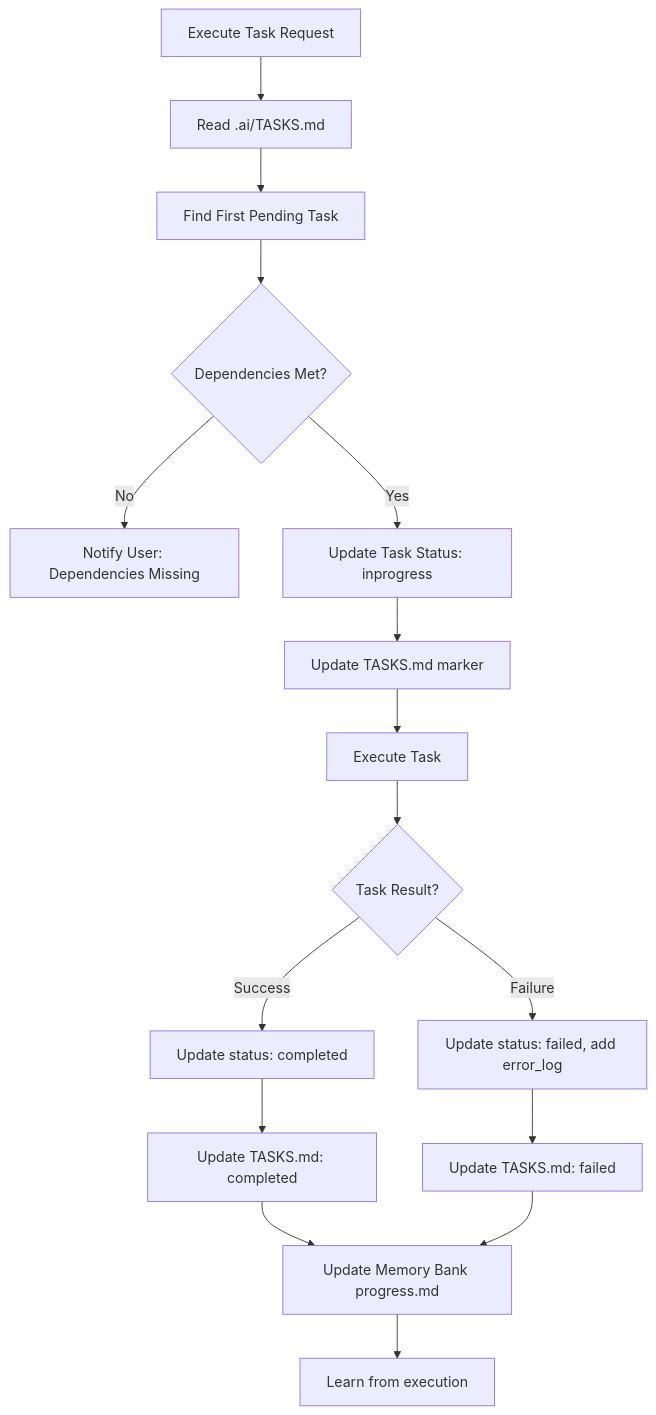
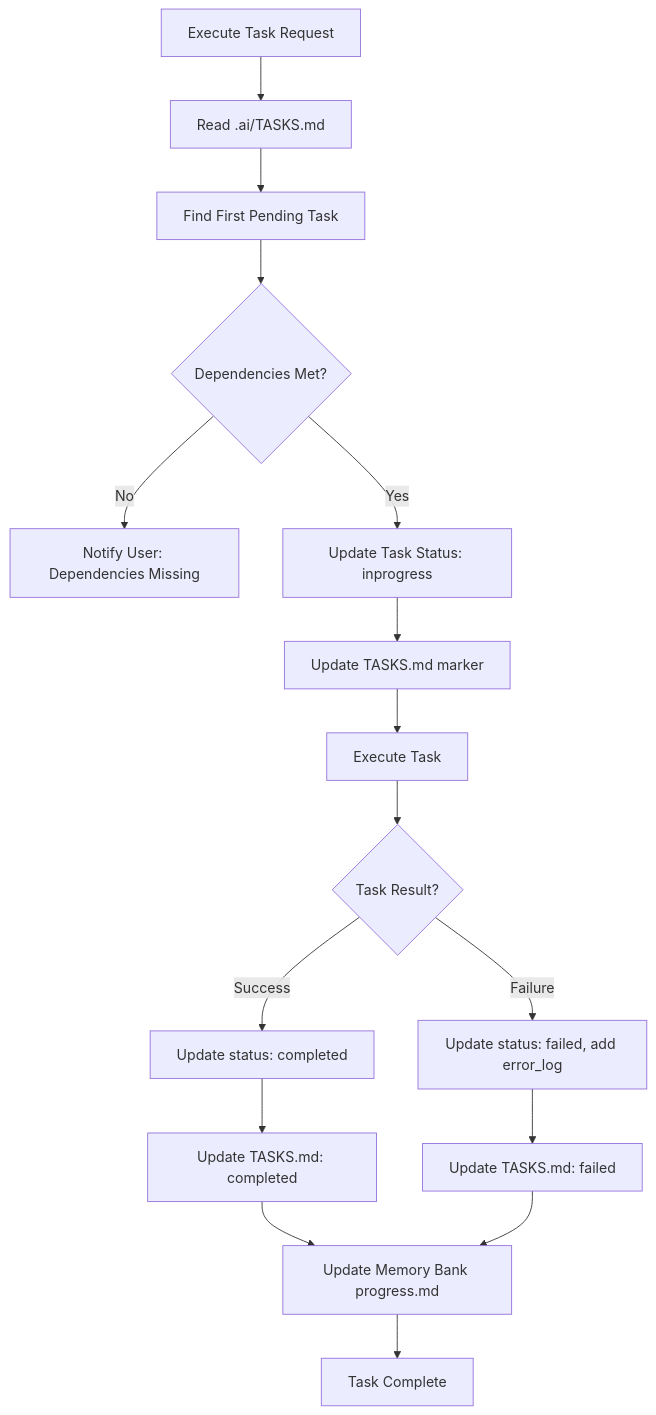
One commit to louisfghbvc/task-management-memory-system changed the seventh of 16 diagrams in .cursor/rules/unified-workflow.md. Above: the diagram before and after it, drawn with Mermaid. The commit also changed other lines of this file and 1 other file, not shown here.

Commit message:
更新記憶體庫與統一工作流程文件，調整流程圖以強調記憶體庫與任務魔法的分工，並明確定義系統責任矩陣與數據流邊界。

````diff
--- a/.cursor/rules/unified-workflow.md
+++ b/.cursor/rules/unified-workflow.md
@@ -150,25 +148,25 @@
 ```mermaid
 flowchart TD
     Execute[Execute Task Request] --> ReadTasks[Read .ai/TASKS.md]
     ReadTasks --> FindTask[Find First Pending Task]
     FindTask --> CheckDeps{Dependencies Met?}
     
     CheckDeps -->|No| NotifyUser[Notify User: Dependencies Missing]
     CheckDeps -->|Yes| UpdateStatus[Update Task Status: inprogress]
     
     UpdateStatus --> UpdateMaster[Update TASKS.md marker]
     UpdateMaster --> ExecuteTask[Execute Task]
     
     ExecuteTask --> Result{Task Result?}
     
     Result -->|Success| Success[Update status: completed]
     Result -->|Failure| Failure[Update status: failed, add error_log]
     
     Success --> UpdateMasterSuccess[Update TASKS.md: completed]
     Failure --> UpdateMasterFailed[Update TASKS.md: failed]
     
     UpdateMasterSuccess --> UpdateProgress[Update Memory Bank progress.md]
     UpdateMasterFailed --> UpdateProgress
     
-    UpdateProgress --> LearnPattern[Learn from execution]
+    UpdateProgress --> Complete[Task Complete]
 ```
````
